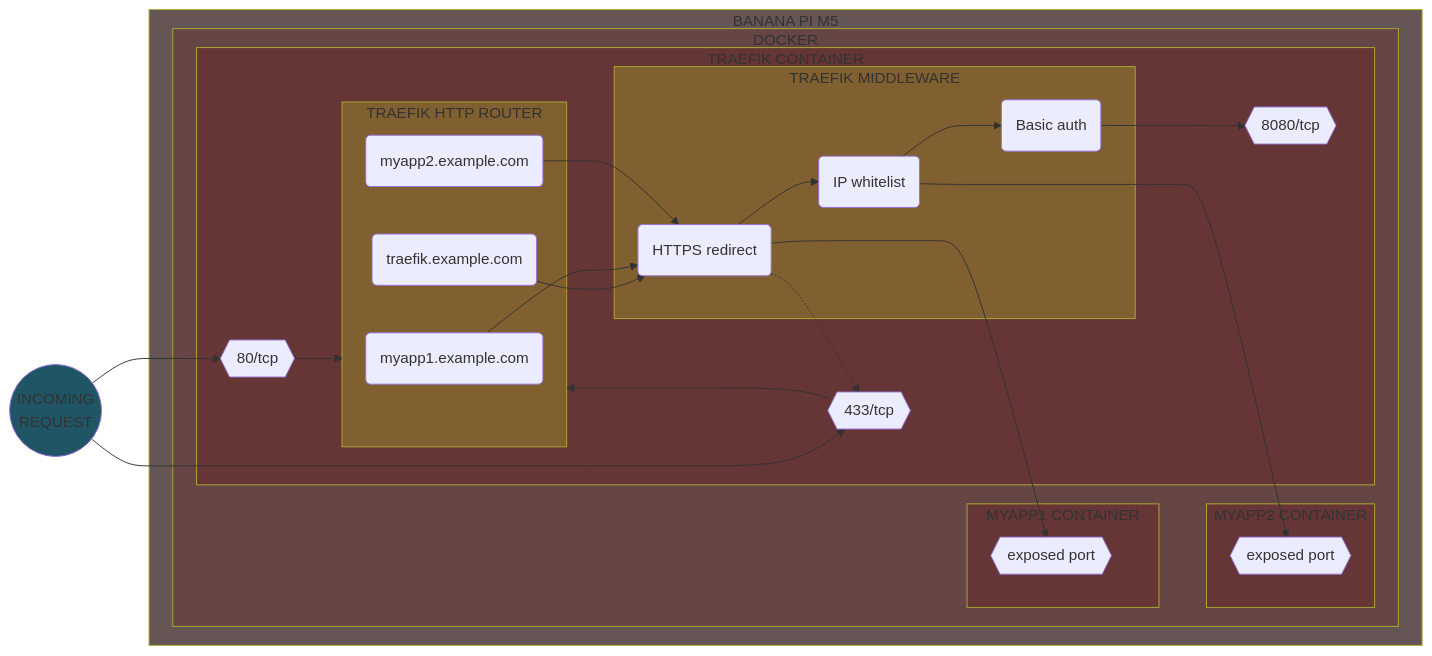
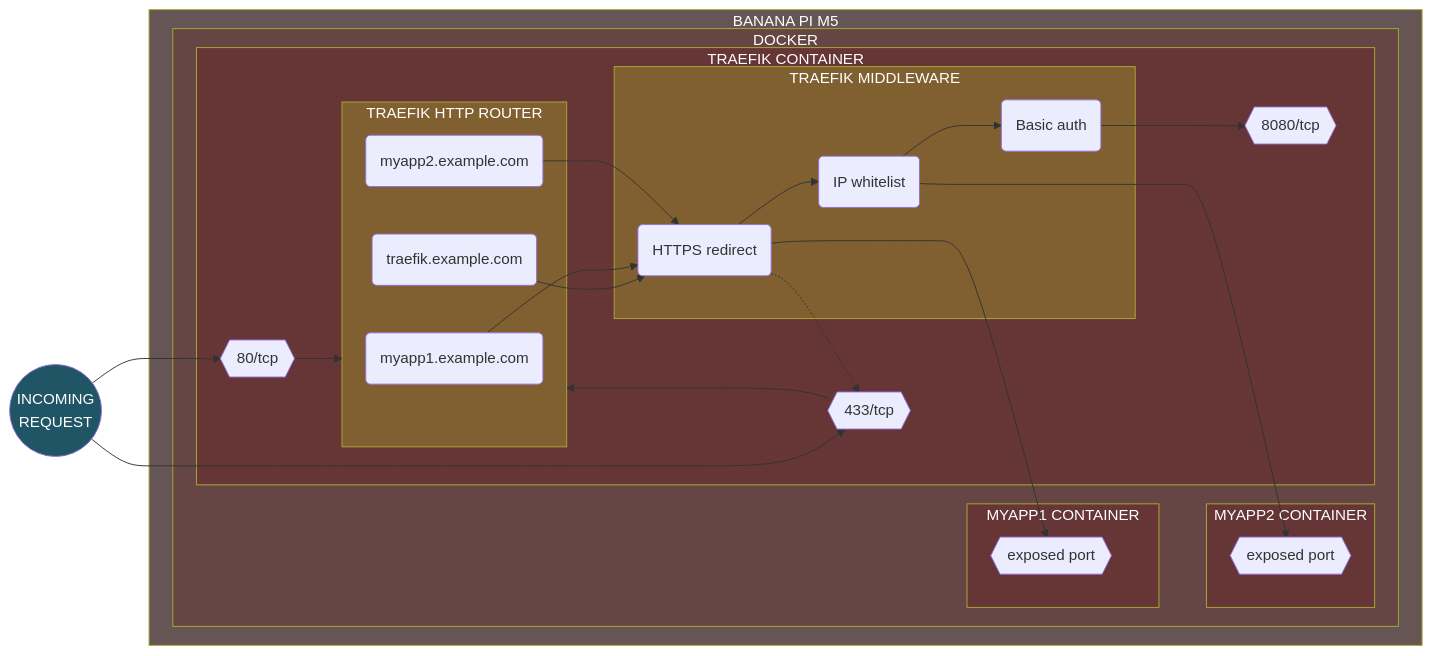
The fifth of 19 diagrams in README.md (Yann39/self-hosted), drawn with Mermaid before and after one commit. The commit also changed other lines of this file, not shown here.

Commit message:
force white text on dark background on every mermaid diagram, so it is readable in light mode

````diff
--- a/README.md
+++ b/README.md
@@ -987,62 +987,62 @@
 ```mermaid
 flowchart LR
-    style INCOMING_REQUEST fill: #205566
-    style TRAEFIK_CONTAINER fill: #663535
-    style MYAPP1_CONTAINER fill: #663535
-    style MYAPP2_CONTAINER fill: #663535
-    style TRAEFIK_ROUTER fill: #806030
-    style TRAEFIK_MIDDLEWARE fill: #806030
-    style SINGLE_BOARD_COMPUTER fill: #665555
-    style CONTAINER_ENGINE fill: #664545
+    style INCOMING_REQUEST fill:#205566,color:#fff
+    style TRAEFIK_CONTAINER fill:#663535,color:#fff
+    style MYAPP1_CONTAINER fill:#663535,color:#fff
+    style MYAPP2_CONTAINER fill:#663535,color:#fff
+    style TRAEFIK_ROUTER fill:#806030,color:#fff
+    style TRAEFIK_MIDDLEWARE fill:#806030,color:#fff
+    style SINGLE_BOARD_COMPUTER fill:#665555,color:#fff
+    style CONTAINER_ENGINE fill:#664545,color:#fff
     INCOMING_REQUEST((INCOMING\nREQUEST))
     DOCKER_TRAEFIK_PORT443{{433/tcp}}
     DOCKER_TRAEFIK_PORT80{{80/tcp}}
     DOCKER_TRAEFIK_PORT8080{{8080/tcp}}
     DOCKER_MYAPP1_PORT{{exposed port}}
     DOCKER_MYAPP2_PORT{{exposed port}}
     TRAEFIK_ROUTER_MYAPP1(myapp1.example.com)
     TRAEFIK_ROUTER_MYAPP2(myapp2.example.com)
     TRAEFIK_ROUTER_TRAEFIK(traefik.example.com)
 
     subgraph SINGLE_BOARD_COMPUTER[BANANA PI M5]
         subgraph CONTAINER_ENGINE[DOCKER]
             subgraph MYAPP1_CONTAINER[MYAPP1 CONTAINER]
                 DOCKER_MYAPP1_PORT
             end
             subgraph MYAPP2_CONTAINER[MYAPP2 CONTAINER]
                 DOCKER_MYAPP2_PORT
             end
 
             subgraph TRAEFIK_CONTAINER[TRAEFIK CONTAINER]
                 subgraph TRAEFIK_ROUTER[TRAEFIK HTTP ROUTER]
                     TRAEFIK_ROUTER_TRAEFIK
                     TRAEFIK_ROUTER_MYAPP1
                     TRAEFIK_ROUTER_MYAPP2
                 end
                 subgraph TRAEFIK_MIDDLEWARE[TRAEFIK MIDDLEWARE]
                     REDIRECT(HTTPS redirect)
                     IP_WHITELISTING(IP whitelist)
                     BASIC_AUTH(Basic auth)
                 end
                 DOCKER_TRAEFIK_PORT80
                 DOCKER_TRAEFIK_PORT443
                 DOCKER_TRAEFIK_PORT8080
             end
 
         end
     end
 
     INCOMING_REQUEST --> DOCKER_TRAEFIK_PORT80
     INCOMING_REQUEST --> DOCKER_TRAEFIK_PORT443
     DOCKER_TRAEFIK_PORT80 --> TRAEFIK_ROUTER
     DOCKER_TRAEFIK_PORT443 --> TRAEFIK_ROUTER
     TRAEFIK_ROUTER_TRAEFIK --> REDIRECT
     TRAEFIK_ROUTER_MYAPP1 --> REDIRECT
     TRAEFIK_ROUTER_MYAPP2 --> REDIRECT
     REDIRECT -.-> DOCKER_TRAEFIK_PORT443
     IP_WHITELISTING --> BASIC_AUTH
     IP_WHITELISTING ---> DOCKER_MYAPP2_PORT
     REDIRECT --> IP_WHITELISTING
     REDIRECT ---> DOCKER_MYAPP1_PORT
     BASIC_AUTH --> DOCKER_TRAEFIK_PORT8080
 ```
````
